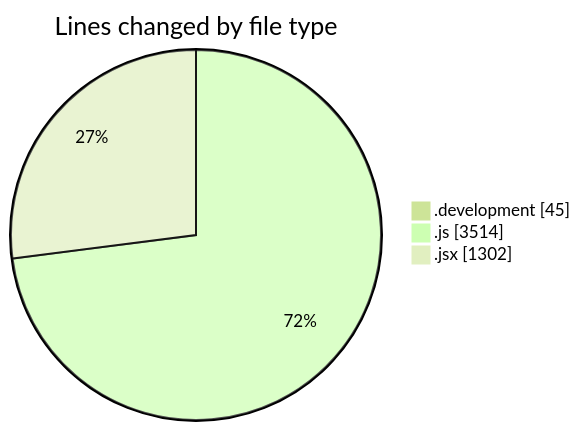
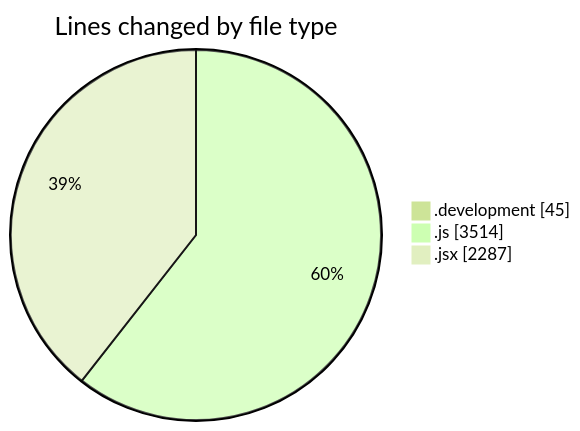
One commit to nxtqubesakshisongat/code-tracking changed the first of 2 diagrams in 2025-11-10/nxtqube_webapp/README.md. Above: the diagram before and after it, drawn with Mermaid (forest theme). The commit also changed other lines of this file and 1 other file, not shown here.

````diff
--- a/2025-11-10/nxtqube_webapp/README.md
+++ b/2025-11-10/nxtqube_webapp/README.md
@@ -32,7 +33,7 @@
 ```mermaid
 pie showData
 title Lines changed by file type
 ".development" : 45
 ".js" : 3514
-".jsx" : 1302
+".jsx" : 2287
 ```
````
